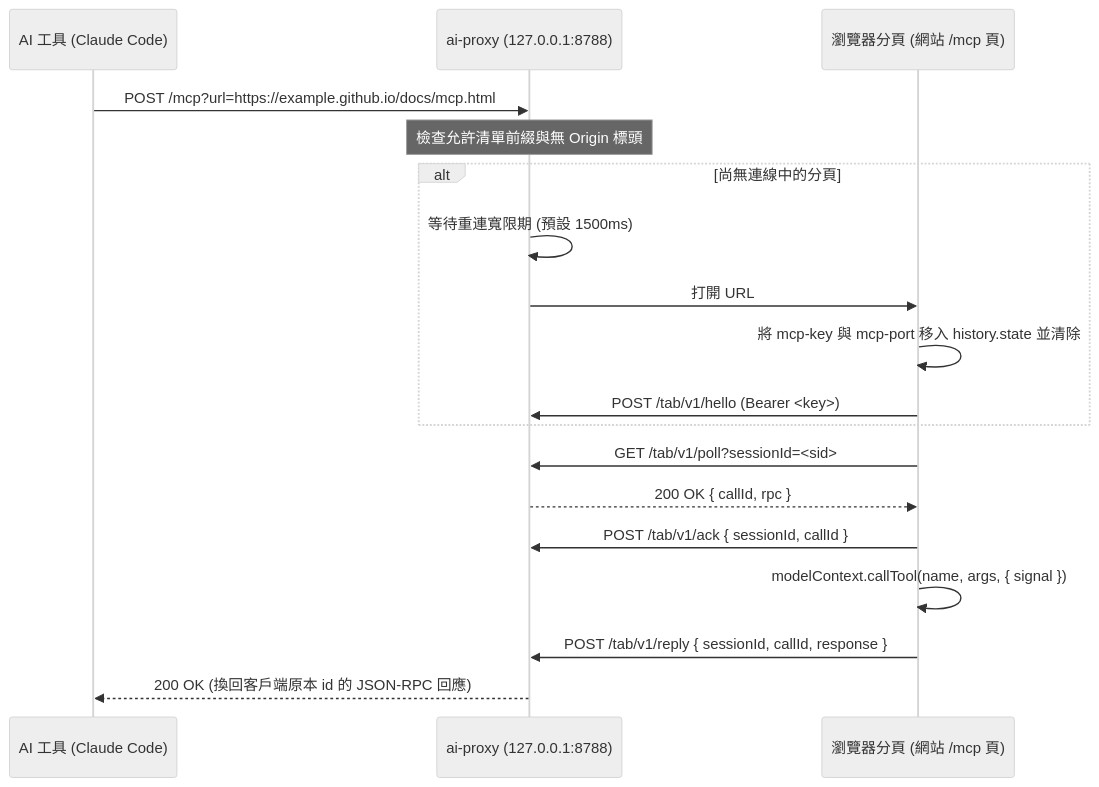
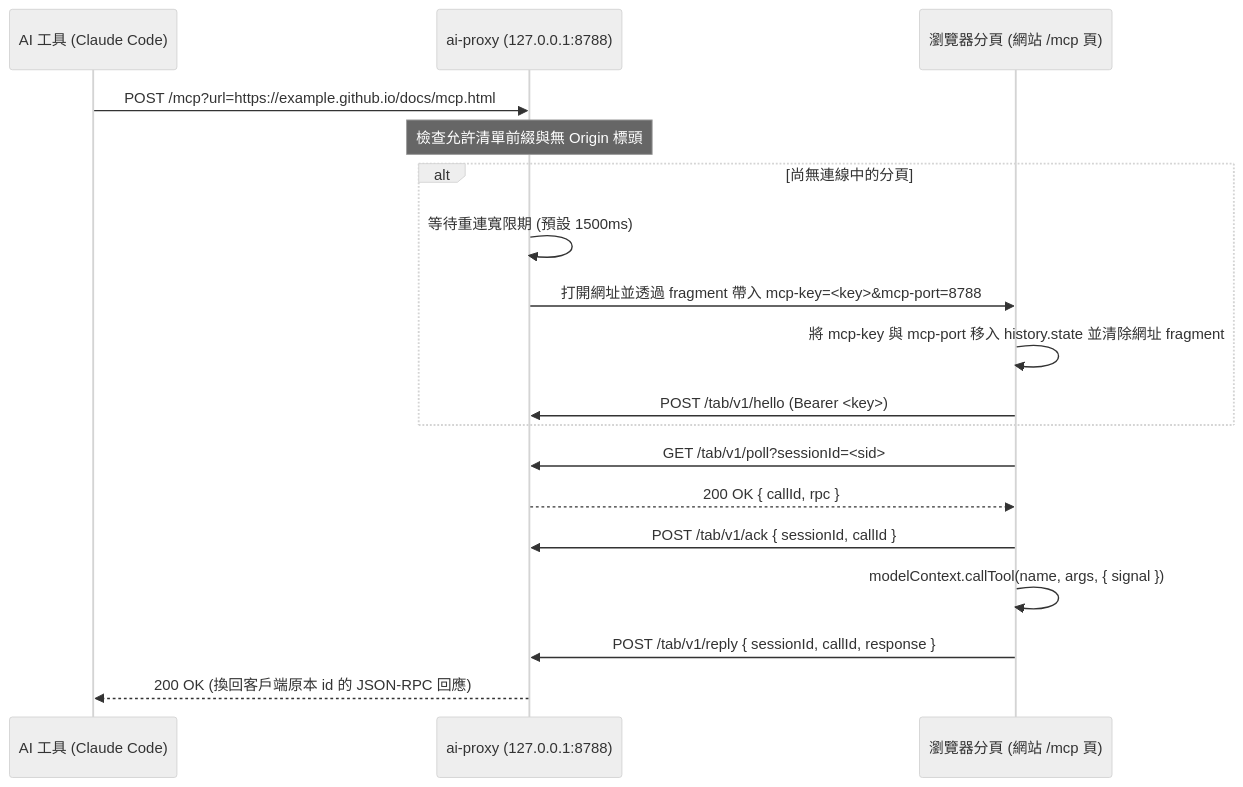
Before and after one commit to yongjhih/ai-proxy: the diagram in docs/zh-TW/spec.md, drawn with Mermaid (neutral theme). The commit also changed 63 other files, not shown here.

Commit message:
feat(site): fix dark-mode Mermaid diagrams, use short URLs, and add covpages coverage report

````diff
--- a/docs/zh-TW/spec.md
+++ b/docs/zh-TW/spec.md
@@ -9,21 +9,21 @@
 ```mermaid
 sequenceDiagram
   participant AI as AI 工具 (Claude Code)
   participant Relay as ai-proxy (127.0.0.1:8788)
   participant Tab as 瀏覽器分頁 (網站 /mcp 頁)
 
   AI->>Relay: POST /mcp?url=https://example.github.io/docs/mcp.html
   Note over Relay: 檢查允許清單前綴與無 Origin 標頭
   alt 尚無連線中的分頁
     Relay->>Relay: 等待重連寬限期 (預設 1500ms)
-    Relay->>Tab: 打開 URL#mcp-key=<key>&mcp-port=8788
-    Tab->>Tab: 將 mcp-key 與 mcp-port 移入 history.state 並清除 #fragment
+    Relay->>Tab: 打開網址並透過 fragment 帶入 mcp-key=<key>&mcp-port=8788
+    Tab->>Tab: 將 mcp-key 與 mcp-port 移入 history.state 並清除網址 fragment
     Tab->>Relay: POST /tab/v1/hello (Bearer <key>)
   end
   Tab->>Relay: GET /tab/v1/poll?sessionId=<sid>
   Relay-->>Tab: 200 OK { callId, rpc }
   Tab->>Relay: POST /tab/v1/ack { sessionId, callId }
   Tab->>Tab: modelContext.callTool(name, args, { signal })
   Tab->>Relay: POST /tab/v1/reply { sessionId, callId, response }
   Relay-->>AI: 200 OK (換回客戶端原本 id 的 JSON-RPC 回應)
 ```
````
